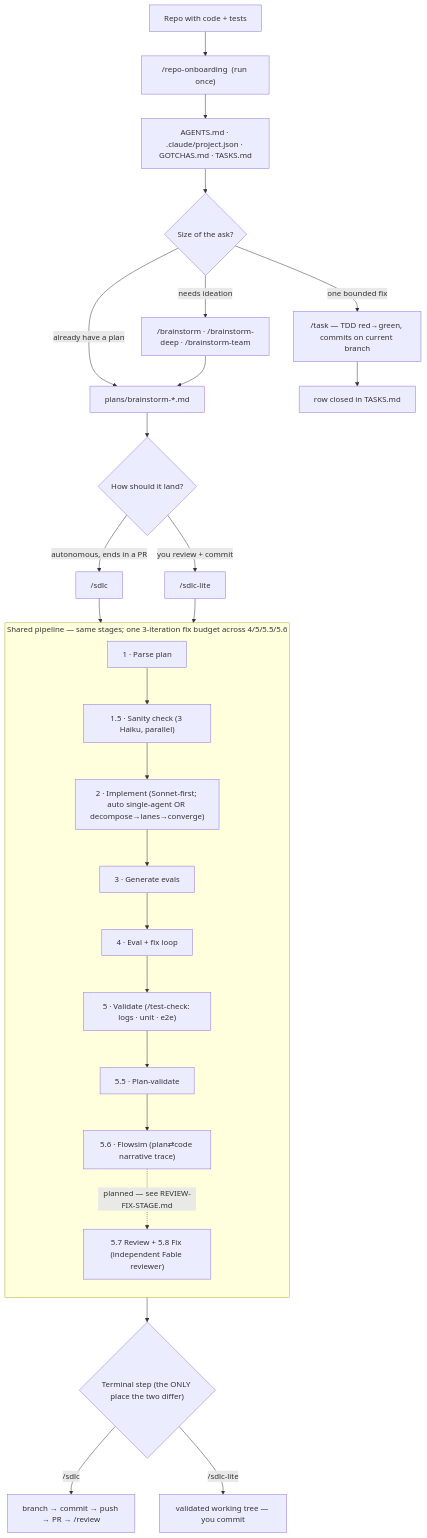
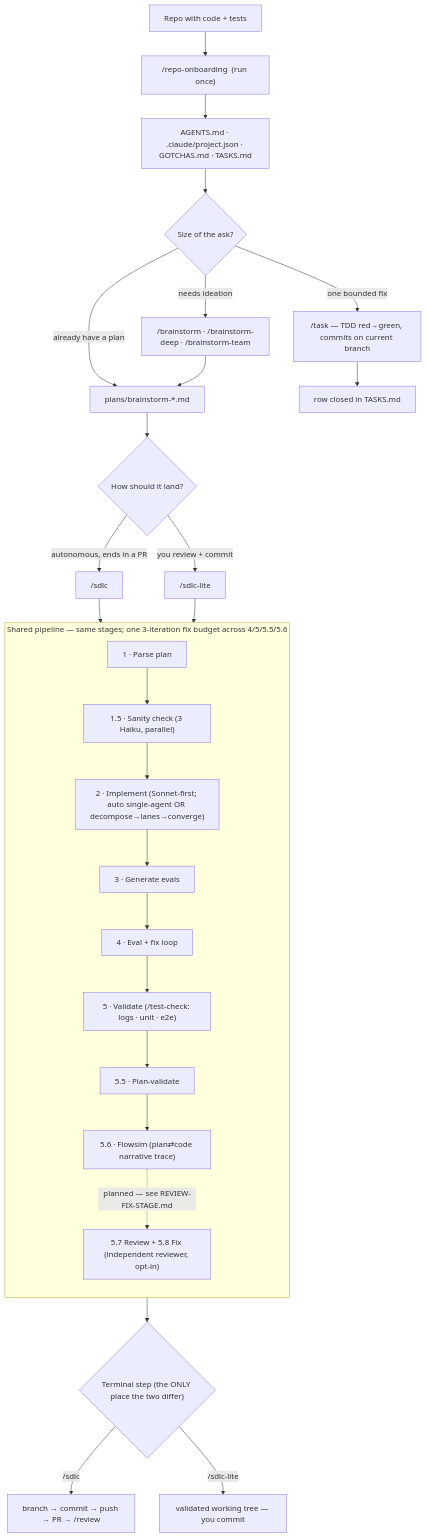
Before and after one commit to exerias21/brainstorm-toolkit: the diagram in docs/FLOW.md, drawn with Mermaid. The commit also changed 1 other file, not shown here.

Commit message:
docs(review-fix): retitle to 'Adversarial Review->Fix stage'; drop stale 'Fable reviewer' labels
The H1 'Fable-in-the-loop' and the FLOW.md diagram's 'independent Fable reviewer' both predate the Fable sunset (reviewer default is now Opus; Fable is a paid opt-in). Retitle to the accurate, model-agnostic name and relabel the flow node 'independent reviewer, opt-in' so it won't re-stale. Filename REVIEW-FIX-STAGE.md is unchanged (all inbound links still resolve).

````diff
--- a/docs/FLOW.md
+++ b/docs/FLOW.md
@@ -23,32 +23,32 @@
 ```mermaid
 flowchart TD
     R["Repo with code + tests"] --> ONB["/repo-onboarding  (run once)"]
     ONB --> CFG["AGENTS.md · .claude/project.json · GOTCHAS.md · TASKS.md"]
     CFG --> PICK{"Size of the ask?"}
 
     PICK -->|"one bounded fix"| TASK["/task — TDD red→green, commits on current branch"]
     PICK -->|"needs ideation"| BS["/brainstorm · /brainstorm-deep · /brainstorm-team"]
     PICK -->|"already have a plan"| PLAN["plans/brainstorm-*.md"]
     BS --> PLAN
 
     PLAN --> DELIV{"How should it land?"}
     DELIV -->|"autonomous, ends in a PR"| SDLC["/sdlc"]
     DELIV -->|"you review + commit"| LITE["/sdlc-lite"]
     SDLC --> PIPE
     LITE --> PIPE
 
     subgraph PIPE ["Shared pipeline — same stages; one 3-iteration fix budget across 4/5/5.5/5.6"]
       direction TB
       S1["1 · Parse plan"] --> S15["1.5 · Sanity check (3 Haiku, parallel)"]
       S15 --> S2["2 · Implement (Sonnet-first; auto single-agent OR decompose→lanes→converge)"]
       S2 --> S3["3 · Generate evals"] --> S4["4 · Eval + fix loop"]
       S4 --> S5["5 · Validate (/test-check: logs · unit · e2e)"] --> S55["5.5 · Plan-validate"]
       S55 --> S56["5.6 · Flowsim (plan⇄code narrative trace)"]
-      S56 -. "planned — see REVIEW-FIX-STAGE.md" .-> S57["5.7 Review + 5.8 Fix (independent Fable reviewer)"]
+      S56 -. "planned — see REVIEW-FIX-STAGE.md" .-> S57["5.7 Review + 5.8 Fix (independent reviewer, opt-in)"]
     end
 
     PIPE --> OUT{"Terminal step (the ONLY place the two differ)"}
     OUT -->|"/sdlc"| PR["branch → commit → push → PR → /review"]
     OUT -->|"/sdlc-lite"| HO["validated working tree — you commit"]
     TASK --> DONE["row closed in TASKS.md"]
 ```
````
